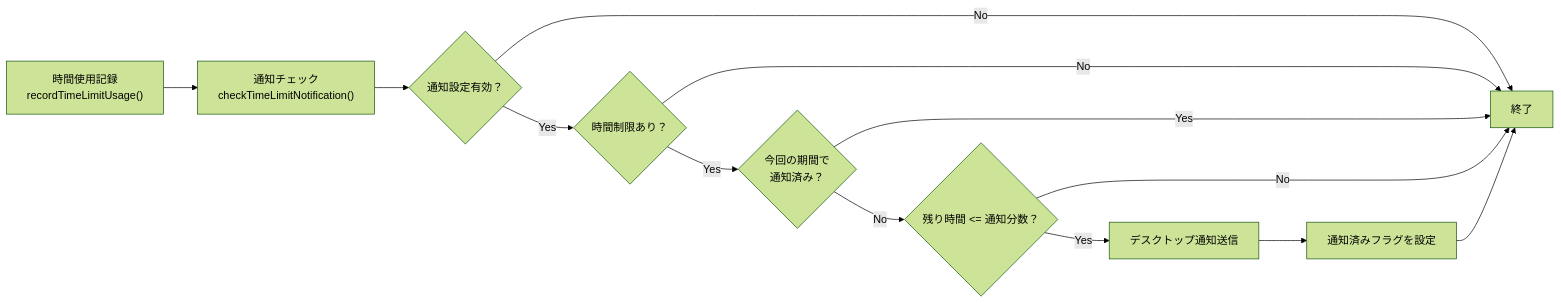
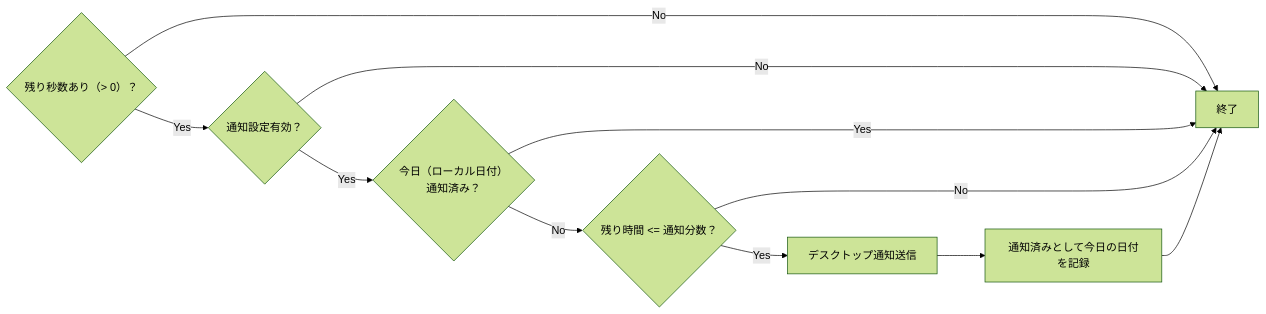
One commit to machina-gg/vision-focus changed the fourth of 4 diagrams in docs/BLOCK_STATE_MACHINE.md. Above: the diagram before and after it, drawn with Mermaid (forest theme). The commit also changed other lines of this file and 12 other files, not shown here.

````diff
--- a/docs/BLOCK_STATE_MACHINE.md
+++ b/docs/BLOCK_STATE_MACHINE.md
@@ -188,15 +208,13 @@
 ```mermaid
 flowchart LR
-    A["時間使用記録<br/>recordTimeLimitUsage()"] --> B["通知チェック<br/>checkTimeLimitNotification()"]
-    B --> C{"通知設定有効？"}
-    C -->|No| End["終了"]
-    C -->|Yes| D{"時間制限あり？"}
-    D -->|No| End
-    D -->|Yes| E{"今回の期間で<br/>通知済み？"}
+    B{"残り秒数あり（> 0）？"} -->|No| End["終了"]
+    B -->|Yes| C{"通知設定有効？"}
+    C -->|No| End
+    C -->|Yes| E{"今日（ローカル日付）<br/>通知済み？"}
     E -->|Yes| End
     E -->|No| F{"残り時間 <= 通知分数？"}
     F -->|No| End
     F -->|Yes| G["デスクトップ通知送信"]
-    G --> H["通知済みフラグを設定"]
+    G --> H["通知済みとして今日の日付を記録"]
     H --> End
 ```
````
